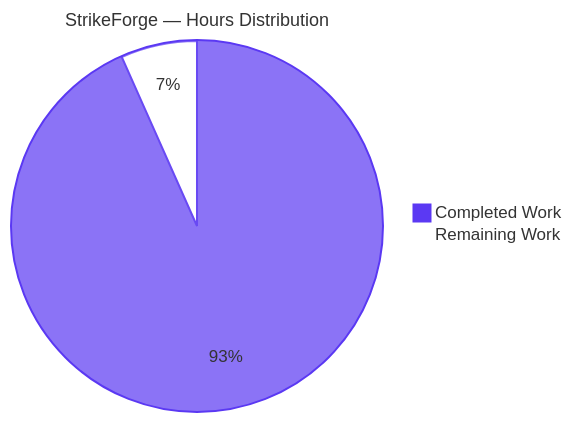
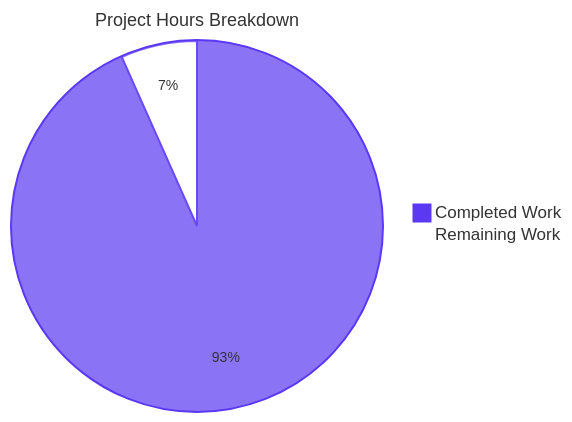
Before and after one commit to Blitzy-Sandbox/blitzy-configurator: the second of 4 diagrams in blitzy/documentation/Project Guide.md, drawn with Mermaid. The commit also changed other lines of this file, not shown here.

Commit message:
Adding Blitzy Project Guide: Project Status and Human Tasks Remaining

````diff
--- a/blitzy/documentation/Project Guide.md
+++ b/blitzy/documentation/Project Guide.md
@@ -268,6 +293,6 @@
 ```mermaid
-%%{init: {'theme':'base','themeVariables':{'pie1':'#5B39F3','pie2':'#FFFFFF','pieStrokeColor':'#5B39F3','pieOuterStrokeColor':'#5B39F3','pieTitleTextSize':'18px'}}}%%
-pie title StrikeForge — Hours Distribution
+%%{init: {'theme':'base','themeVariables':{'pie1':'#5B39F3','pie2':'#FFFFFF','pieStrokeColor':'#5B39F3','pieOuterStrokeColor':'#5B39F3','pieTitleTextSize':'18px','pieSectionTextSize':'14px'}}}%%
+pie title Project Hours Breakdown
     "Completed Work" : 672
     "Remaining Work" : 48
 ```
````
